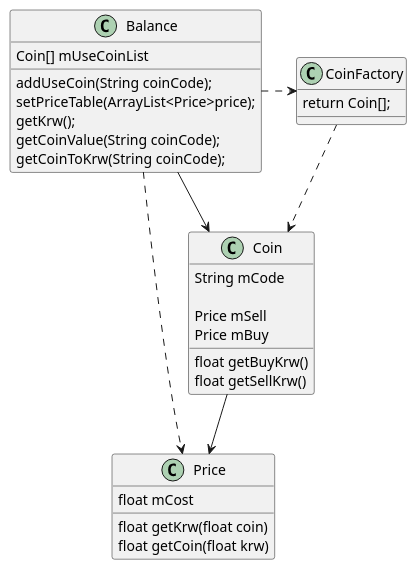
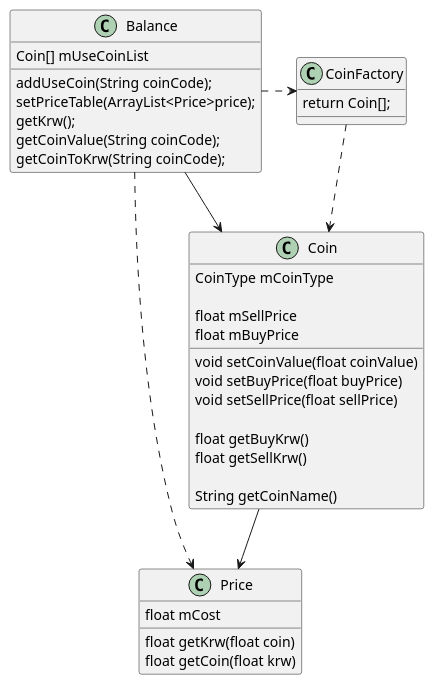
The diagram in uml/main.puml (jaebae/CoinSurfer), drawn with PlantUML before and after one commit. The commit also changed 9 other files, not shown here.

Commit message:
Implement coin, price, cointype

```diff
--- a/uml/main.puml
+++ b/uml/main.puml
@@ -1,46 +1,52 @@
 @startuml
 
 
 Balance-right.>CoinFactory
 Balance-->Coin
 Balance..>Price
 CoinFactory-down.>Coin
 Coin-->Price
 
 
 class Balance {
     Coin[] mUseCoinList
     addUseCoin(String coinCode);
     setPriceTable(ArrayList<Price>price);
     getKrw();
     getCoinValue(String coinCode);
     getCoinToKrw(String coinCode);
 }
 
 class CoinFactory {
     return Coin[];
 }
 
 
 
 Class Coin {
-    String mCode
+    CoinType mCoinType
 
-    Price mSell
-    Price mBuy
+    float mSellPrice
+    float mBuyPrice
+
+    void setCoinValue(float coinValue)
+    void setBuyPrice(float buyPrice)
+    void setSellPrice(float sellPrice)
 
     float getBuyKrw()
     float getSellKrw()
+
+    String getCoinName()
 }
 
 
 
 class Price {
     float mCost
     float getKrw(float coin)
     float getCoin(float krw)
 }
 
 
 
 @enduml
```
